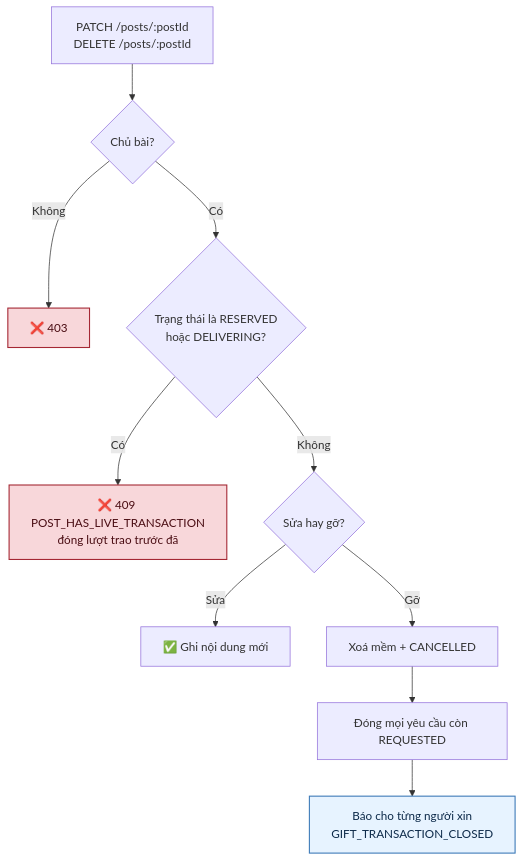
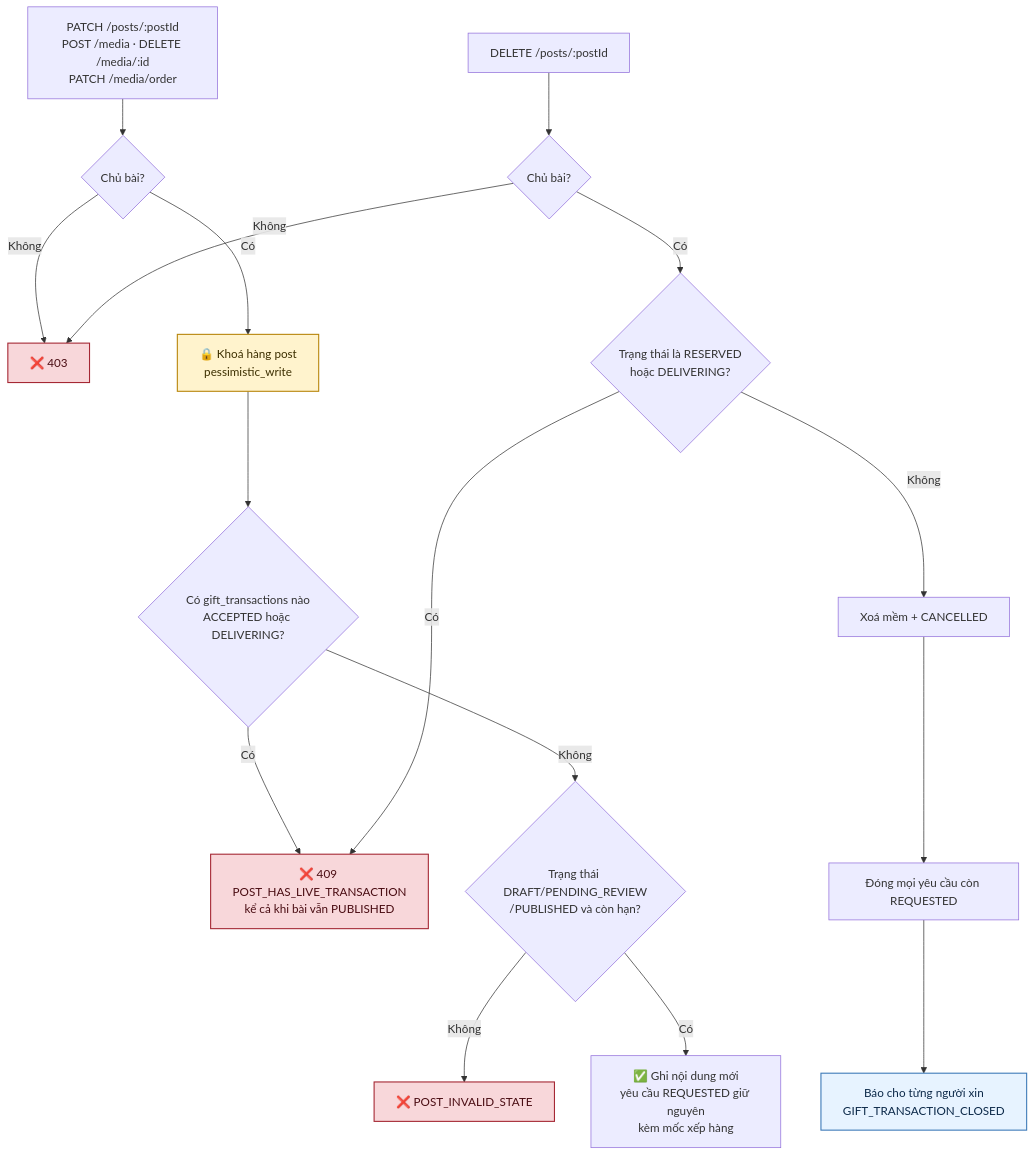
One commit to fdshn/trueheart changed the sixth of 7 diagrams in docs/diagram/04-post.md. Above: the diagram before and after it, drawn with Mermaid. The commit also changed other lines of this file and 3 other files, not shown here.

First line of the commit message:
docs(posts): tài liệu hoá luật sửa bài mới và toạ độ thật cho chính chủ

````diff
--- a/docs/diagram/04-post.md
+++ b/docs/diagram/04-post.md
@@ -165,16 +167,25 @@
 ```mermaid
 flowchart TD
-    A["PATCH /posts/:postId<br/>DELETE /posts/:postId"] --> B{Chủ bài?}
+    A["PATCH /posts/:postId<br/>POST /media · DELETE /media/:id<br/>PATCH /media/order"] --> B{Chủ bài?}
     B -->|Không| C[❌ 403]
-    B -->|Có| D{"Trạng thái là RESERVED<br/>hoặc DELIVERING?"}
-    D -->|Có| E["❌ 409 POST_HAS_LIVE_TRANSACTION<br/>đóng lượt trao trước đã"]
-    D -->|Không| F{Sửa hay gỡ?}
-    F -->|Sửa| G[✅ Ghi nội dung mới]
-    F -->|Gỡ| H[Xoá mềm + CANCELLED]
+    B -->|Có| L["🔒 Khoá hàng post<br/>pessimistic_write"]
+    L --> M{"Có gift_transactions nào<br/>ACCEPTED hoặc DELIVERING?"}
+    M -->|Có| E["❌ 409 POST_HAS_LIVE_TRANSACTION<br/>kể cả khi bài vẫn PUBLISHED"]
+    M -->|Không| N{"Trạng thái DRAFT/PENDING_REVIEW<br/>/PUBLISHED và còn hạn?"}
+    N -->|Không| O["❌ POST_INVALID_STATE"]
+    N -->|Có| G["✅ Ghi nội dung mới<br/>yêu cầu REQUESTED giữ nguyên<br/>kèm mốc xếp hàng"]
+
+    D0["DELETE /posts/:postId"] --> B2{Chủ bài?}
+    B2 -->|Không| C
+    B2 -->|Có| D{"Trạng thái là RESERVED<br/>hoặc DELIVERING?"}
+    D -->|Có| E
+    D -->|Không| H[Xoá mềm + CANCELLED]
     H --> I["Đóng mọi yêu cầu còn REQUESTED"]
     I --> J["Báo cho từng người xin<br/>GIFT_TRANSACTION_CLOSED"]
 
     style C fill:#f8d7da,stroke:#a52834,stroke-width:1.5px,color:#4a0d13
     style E fill:#f8d7da,stroke:#a52834,stroke-width:1.5px,color:#4a0d13
+    style O fill:#f8d7da,stroke:#a52834,stroke-width:1.5px,color:#4a0d13
+    style L fill:#fff3cd,stroke:#b8860b,stroke-width:1.5px,color:#3d2f00
     style J fill:#e7f3ff,stroke:#3d7ab8,stroke-width:1.5px,color:#0d2a4a
 ```
````
